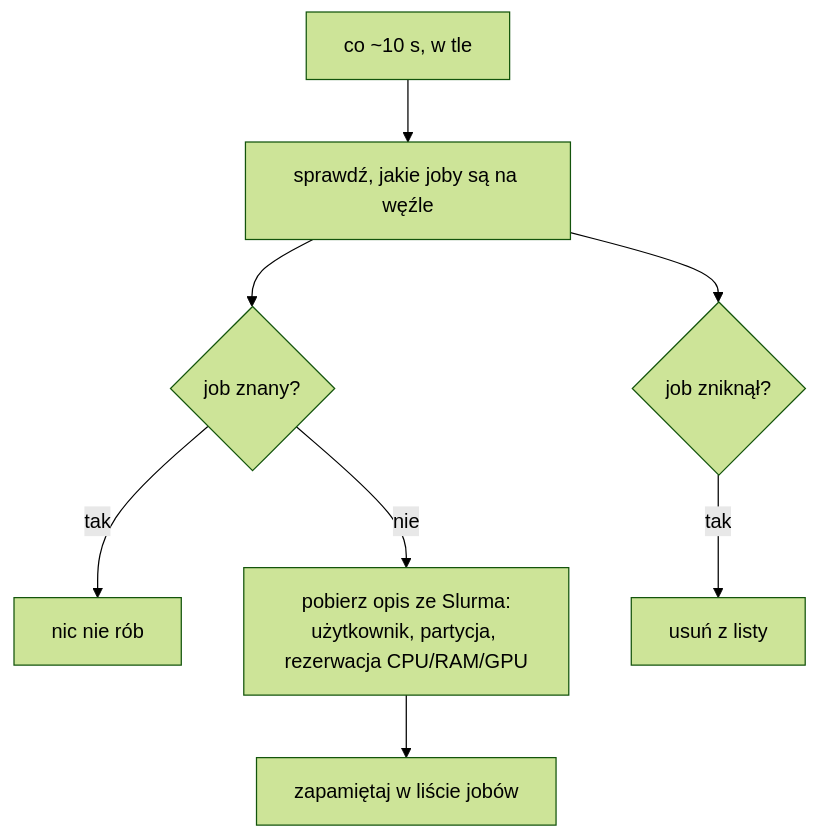
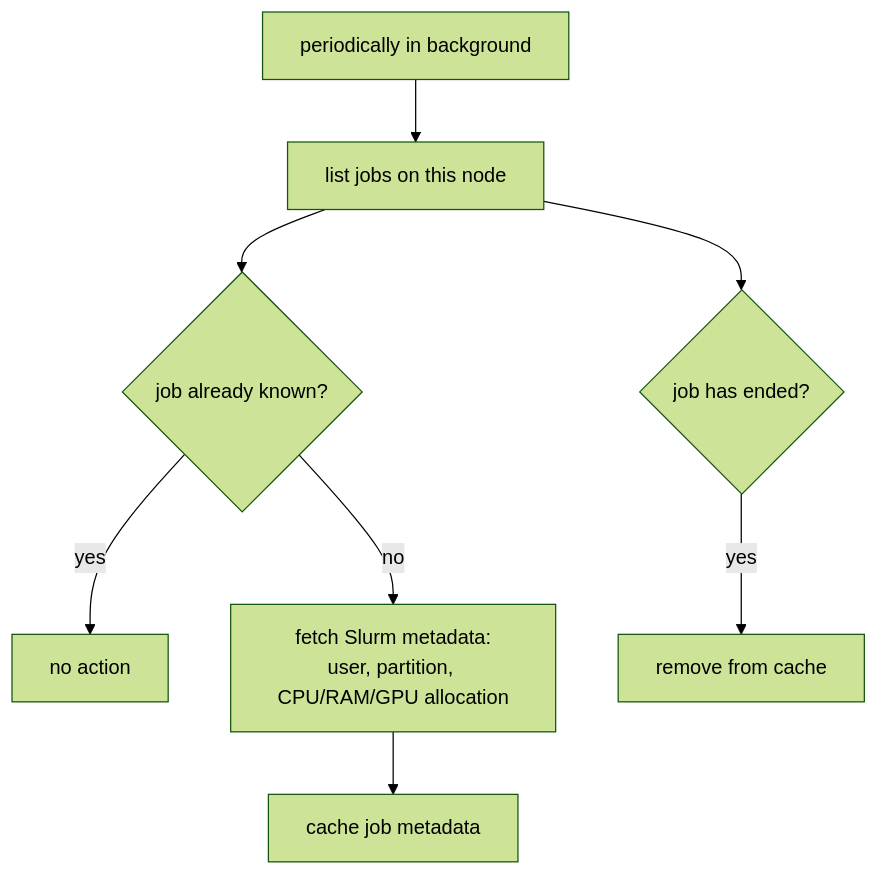
Before and after one commit to Eden-project-KNDS/Dynamic-Monitoring: the third of 5 diagrams in Documentation/eden-job-exporter-spec.md, drawn with Mermaid (forest theme). The commit also changed other lines of this file and 10 other files, not shown here.

````diff
--- a/Documentation/eden-job-exporter-spec.md
+++ b/Documentation/eden-job-exporter-spec.md
@@ -63,10 +60,10 @@
 ```mermaid
 flowchart TD
-    T["co ~10 s, w tle"] --> L["sprawdź, jakie joby są na węźle"]
-    L --> C{"job znany?"}
-    C -->|tak| K["nic nie rób"]
-    C -->|nie| S["pobierz opis ze Slurma:<br/>użytkownik, partycja, rezerwacja CPU/RAM/GPU"]
-    S --> P["zapamiętaj w liście jobów"]
-    L --> E{"job zniknął?"}
-    E -->|tak| D["usuń z listy"]
+    T["periodically in background"] --> L["list jobs on this node"]
+    L --> C{"job already known?"}
+    C -->|yes| K["no action"]
+    C -->|no| S["fetch Slurm metadata:<br/>user, partition, CPU/RAM/GPU allocation"]
+    S --> P["cache job metadata"]
+    L --> E{"job has ended?"}
+    E -->|yes| D["remove from cache"]
 ```
````
